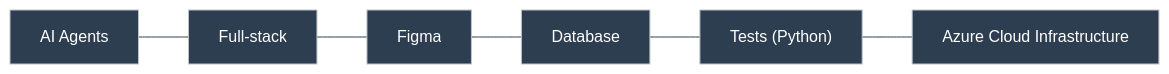
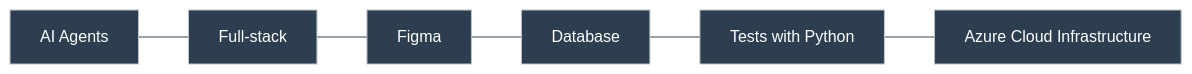
Before and after one commit to duducm2/my-personal-repo: the fifth of 11 diagrams in portfolio/mermaid/diagrams.md, drawn with Mermaid. The commit also changed 3 other files, not shown here.

````diff
--- a/portfolio/mermaid/diagrams.md
+++ b/portfolio/mermaid/diagrams.md
@@ -97,11 +97,11 @@
 ```mermaid
 %%{init: {'theme': 'base', 'themeVariables': { 'primaryColor': '#2c3e50', 'primaryTextColor': '#fff', 'primaryBorderColor': '#bdc3c7', 'lineColor': '#2c3e50', 'fontFamily': 'Lato'}}}%%
 flowchart LR
   A["AI Agents"]
   B["Full-stack"]
   C["Figma"]
   D["Database"]
-  E["Tests (Python)"]
+  E["Tests with Python"]
   F["Azure Cloud Infrastructure"]
   A --- B --- C --- D --- E --- F
 ```
````
